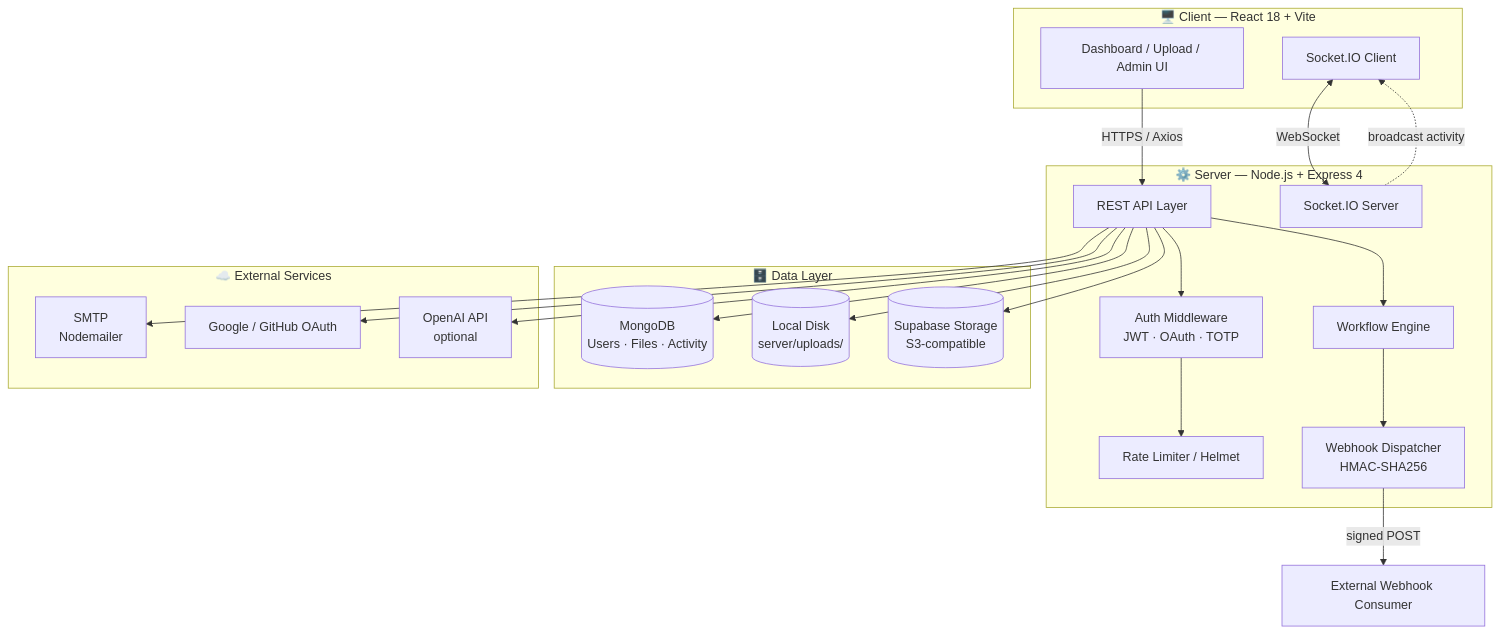
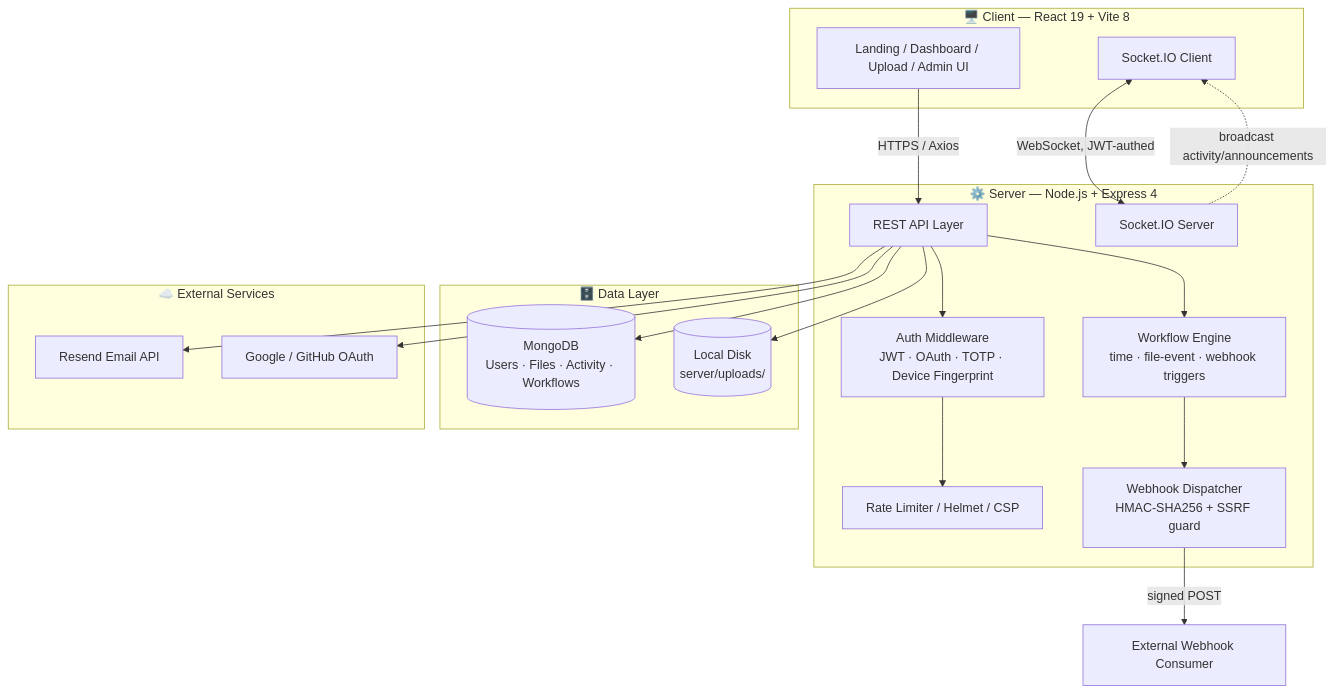
The first of 5 diagrams in README.md (kanhaiyaray/VaultFS-Enterprise-File-Management-System), drawn with Mermaid before and after one commit. The commit also changed other lines of this file, not shown here.

````diff
--- a/README.md
+++ b/README.md
@@ -71,41 +75,37 @@
 ```mermaid
 flowchart TB
-    subgraph Client["🖥️ Client — React 18 + Vite"]
-        UI[Dashboard / Upload / Admin UI]
+    subgraph Client["🖥️ Client — React 19 + Vite 8"]
+        UI[Landing / Dashboard / Upload / Admin UI]
         SocketClient[Socket.IO Client]
     end
 
     subgraph Server["⚙️ Server — Node.js + Express 4"]
         API[REST API Layer]
-        Auth[Auth Middleware<br/>JWT · OAuth · TOTP]
-        RateLimit[Rate Limiter / Helmet]
+        Auth[Auth Middleware<br/>JWT · OAuth · TOTP · Device Fingerprint]
+        RateLimit[Rate Limiter / Helmet / CSP]
         SocketServer[Socket.IO Server]
-        WorkflowEngine[Workflow Engine]
-        WebhookDispatcher[Webhook Dispatcher<br/>HMAC-SHA256]
+        WorkflowEngine[Workflow Engine<br/>time · file-event · webhook triggers]
+        WebhookDispatcher[Webhook Dispatcher<br/>HMAC-SHA256 + SSRF guard]
     end
 
     subgraph Data["🗄️ Data Layer"]
-        Mongo[(MongoDB<br/>Users · Files · Activity)]
+        Mongo[(MongoDB<br/>Users · Files · Activity · Workflows)]
         Disk[(Local Disk<br/>server/uploads/)]
-        Supabase[(Supabase Storage<br/>S3-compatible)]
     end
 
     subgraph External["☁️ External Services"]
-        SMTP[SMTP<br/>Nodemailer]
+        Resend[Resend Email API]
         OAuthProviders[Google / GitHub OAuth]
-        OpenAI[OpenAI API<br/>optional]
     end
 
     UI -->|HTTPS / Axios| API
-    SocketClient <-->|WebSocket| SocketServer
+    SocketClient <-->|WebSocket, JWT-authed| SocketServer
     API --> Auth --> RateLimit
     API --> Mongo
     API --> Disk
-    API --> Supabase
-    API --> SMTP
+    API --> Resend
     API --> OAuthProviders
-    API --> OpenAI
     API --> WorkflowEngine --> WebhookDispatcher
-    SocketServer -.->|broadcast activity| SocketClient
+    SocketServer -.->|broadcast activity/announcements| SocketClient
     WebhookDispatcher -->|signed POST| ExternalConsumer[External Webhook Consumer]
 ```
````
